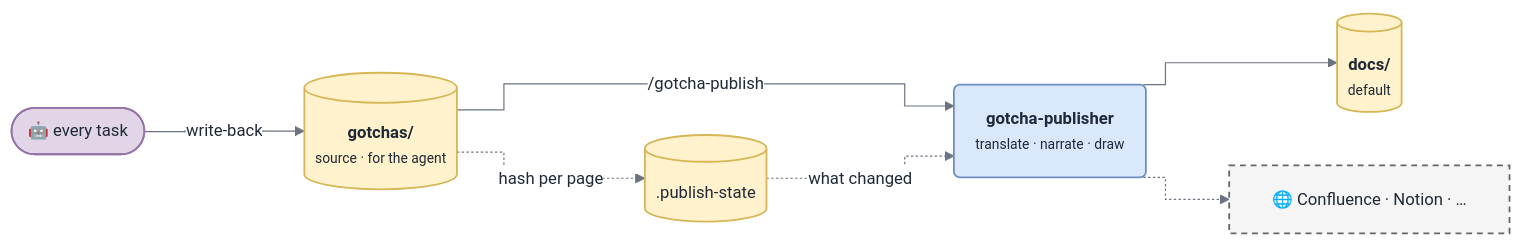
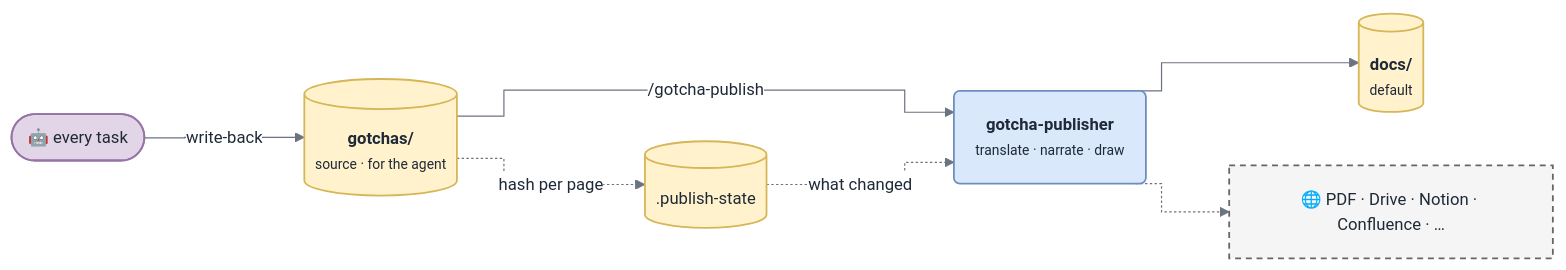
The diagram in references/publishing.md (DamienVauchel/gotcha), drawn with Mermaid before and after one commit. The commit also changed other lines of this file and 10 other files, not shown here.

First line of the commit message:
feat(init): multiselect publication channels (docs, pdf, artifact, drive, notion, confluence, wiki)

````diff
--- a/references/publishing.md
+++ b/references/publishing.md
@@ -7,15 +7,15 @@
 ```mermaid
 %%{init: {"theme":"base","fontFamily":"Inter, Helvetica, Arial, sans-serif","themeVariables":{"fontFamily":"Inter, Helvetica, Arial, sans-serif","fontSize":"14px","lineColor":"#6b7280","primaryColor":"#dae8fc","primaryBorderColor":"#6c8ebf","primaryTextColor":"#1f2937","clusterBkg":"#f8fafc","clusterBorder":"#cbd5e1","edgeLabelBackground":"#ffffff"},"flowchart":{"curve":"step","padding":18,"nodeSpacing":45,"rankSpacing":70,"htmlLabels":true}}}%%
 flowchart LR
   classDef actor fill:#e1d5e7,stroke:#9673a6,stroke-width:1.5px,color:#1f2937
   classDef service fill:#dae8fc,stroke:#6c8ebf,stroke-width:1.5px,color:#1f2937
   classDef store fill:#fff2cc,stroke:#d6b656,stroke-width:1.5px,color:#1f2937
   classDef external fill:#f5f5f5,stroke:#666666,stroke-width:1.5px,stroke-dasharray:5 4,color:#1f2937
 
   task(["🤖 every task"]):::actor -->|write-back| src[("<b>gotchas/</b><br/><small>source · for the agent</small>")]:::store
   src -->|/gotcha-publish| pub("<b>gotcha-publisher</b><br/><small>translate · narrate · draw</small>"):::service
   pub --> docs[("<b>docs/</b><br/><small>default</small>")]:::store
-  pub -.-> remote["🌐 Confluence · Notion · …"]:::external
+  pub -.-> remote["🌐 PDF · Drive · Notion · Confluence · …"]:::external
   src -.->|hash per page| state[(".publish-state")]:::store
   state -.->|what changed| pub
 ```
````
